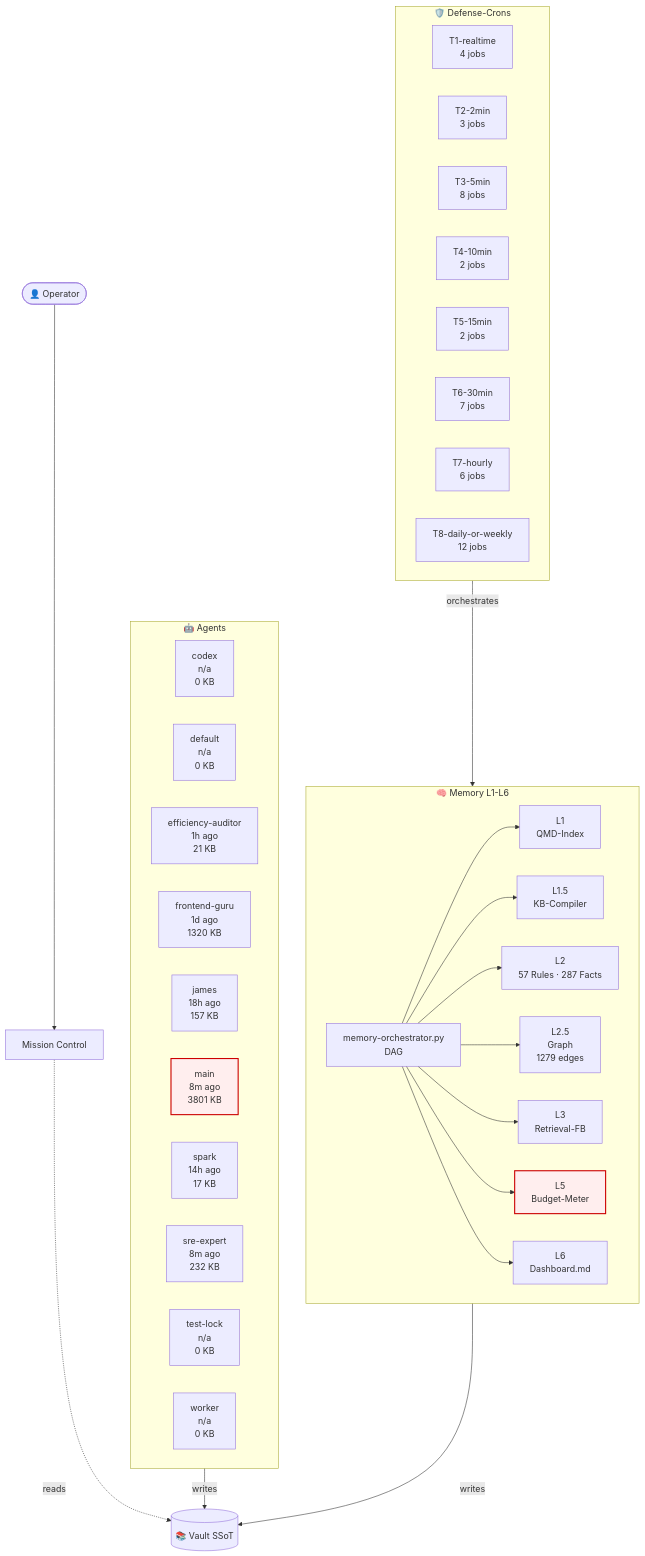
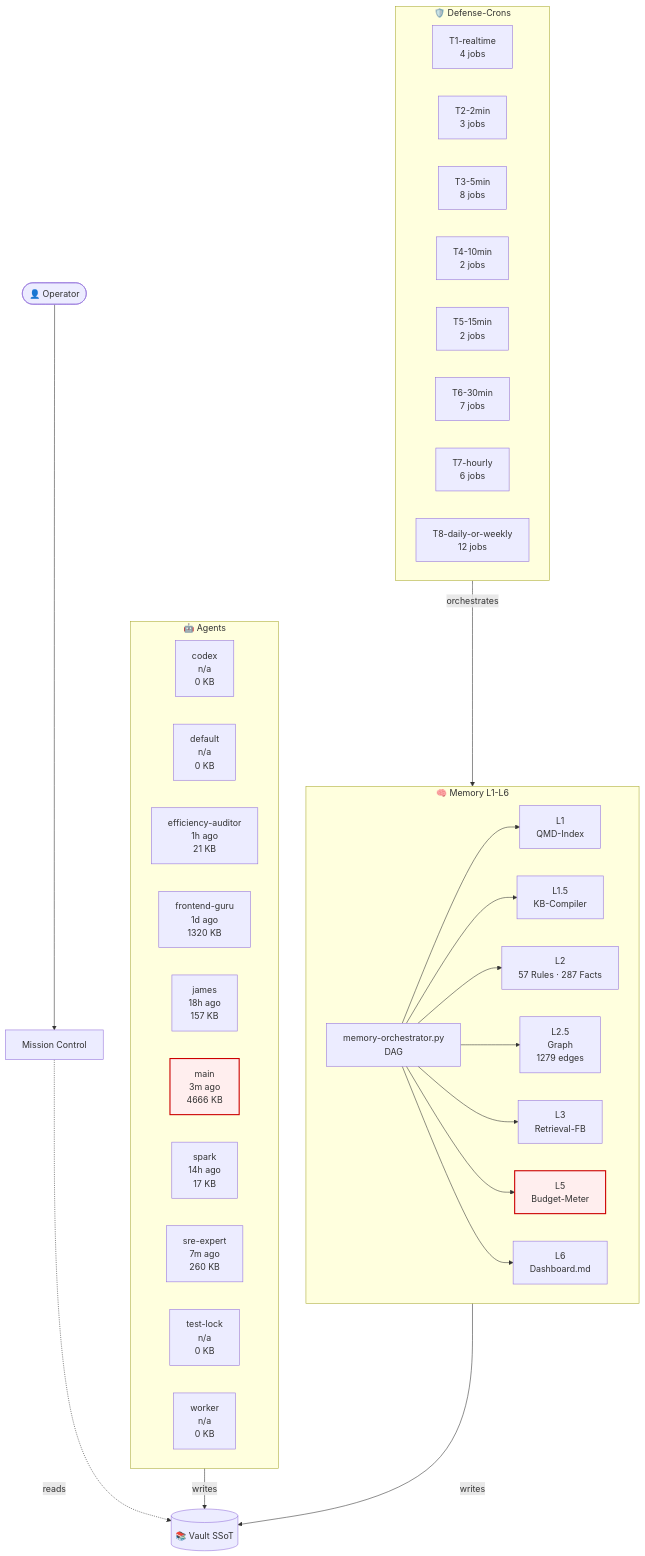
Before and after one commit to lenardhuebner88-rgb/openclaw-memory: the diagram in 03-Agents/architecture-live.md, drawn with Mermaid. The commit also changed other lines of this file and 1 other file, not shown here.

````diff
--- a/03-Agents/architecture-live.md
+++ b/03-Agents/architecture-live.md
@@ -18,53 +18,53 @@
 ```mermaid
 flowchart TB
     classDef critical fill:#fee,stroke:#c00,stroke-width:2px;
     subgraph AGT["🤖 Agents"]
         agent_codex["codex<br/>n/a<br/>0 KB"]
         agent_default["default<br/>n/a<br/>0 KB"]
         agent_efficiency_auditor["efficiency-auditor<br/>1h ago<br/>21 KB"]
         agent_frontend_guru["frontend-guru<br/>1d ago<br/>1320 KB"]
         agent_james["james<br/>18h ago<br/>157 KB"]
-        agent_main["main<br/>8m ago<br/>3801 KB"]
+        agent_main["main<br/>3m ago<br/>4666 KB"]
         agent_spark["spark<br/>14h ago<br/>17 KB"]
-        agent_sre_expert["sre-expert<br/>8m ago<br/>232 KB"]
+        agent_sre_expert["sre-expert<br/>7m ago<br/>260 KB"]
         agent_test_lock["test-lock<br/>n/a<br/>0 KB"]
         agent_worker["worker<br/>n/a<br/>0 KB"]
     end
     subgraph MEM["🧠 Memory L1-L6"]
         L1["L1<br/>QMD-Index"]
         L15["L1.5<br/>KB-Compiler"]
         L2["L2<br/>57 Rules · 287 Facts"]
         L25["L2.5<br/>Graph<br/>1279 edges"]
         L3["L3<br/>Retrieval-FB"]
         L5["L5<br/>Budget-Meter"]
         L6["L6<br/>Dashboard.md"]
         ORCH["memory-orchestrator.py<br/>DAG"]
     end
     subgraph CRN["🛡️ Defense-Crons"]
         tier_T1_realtime["T1-realtime<br/>4 jobs"]
         tier_T2_2min["T2-2min<br/>3 jobs"]
         tier_T3_5min["T3-5min<br/>8 jobs"]
         tier_T4_10min["T4-10min<br/>2 jobs"]
         tier_T5_15min["T5-15min<br/>2 jobs"]
         tier_T6_30min["T6-30min<br/>7 jobs"]
         tier_T7_hourly["T7-hourly<br/>6 jobs"]
         tier_T8_daily_or_weekly["T8-daily-or-weekly<br/>12 jobs"]
     end
     VAULT[("📚 Vault SSoT")]
     OP([👤 Operator])
     MC["Mission Control"]
     OP --> MC
     MC -.reads.-> VAULT
     AGT -->|writes| VAULT
     MEM -->|writes| VAULT
     ORCH --> L1
     ORCH --> L15
     ORCH --> L2
     ORCH --> L25
     ORCH --> L3
     ORCH --> L5
     ORCH --> L6
     CRN -->|orchestrates| MEM
     class L5 critical
     class agent_main critical
 ```
````
